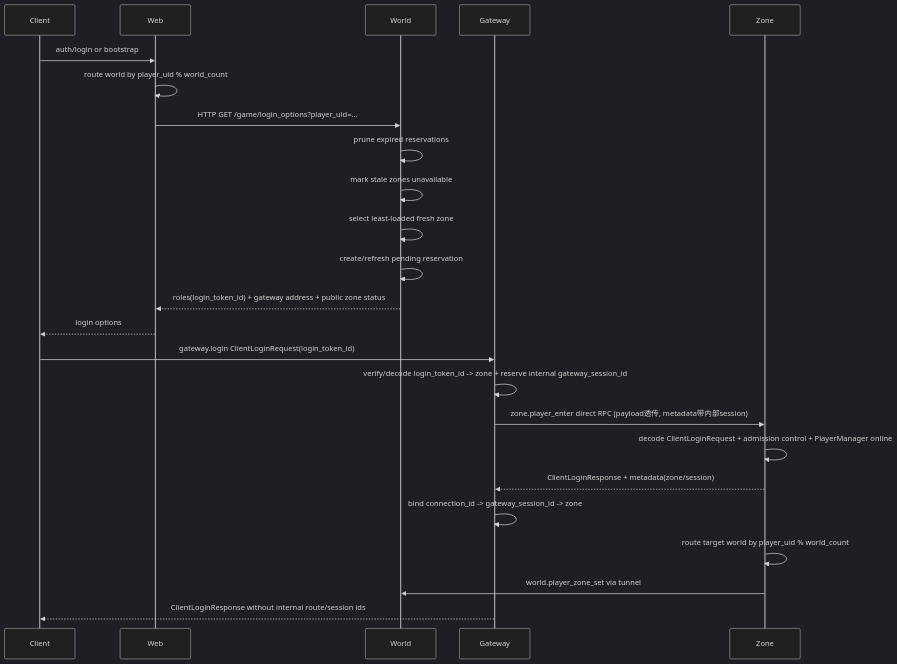
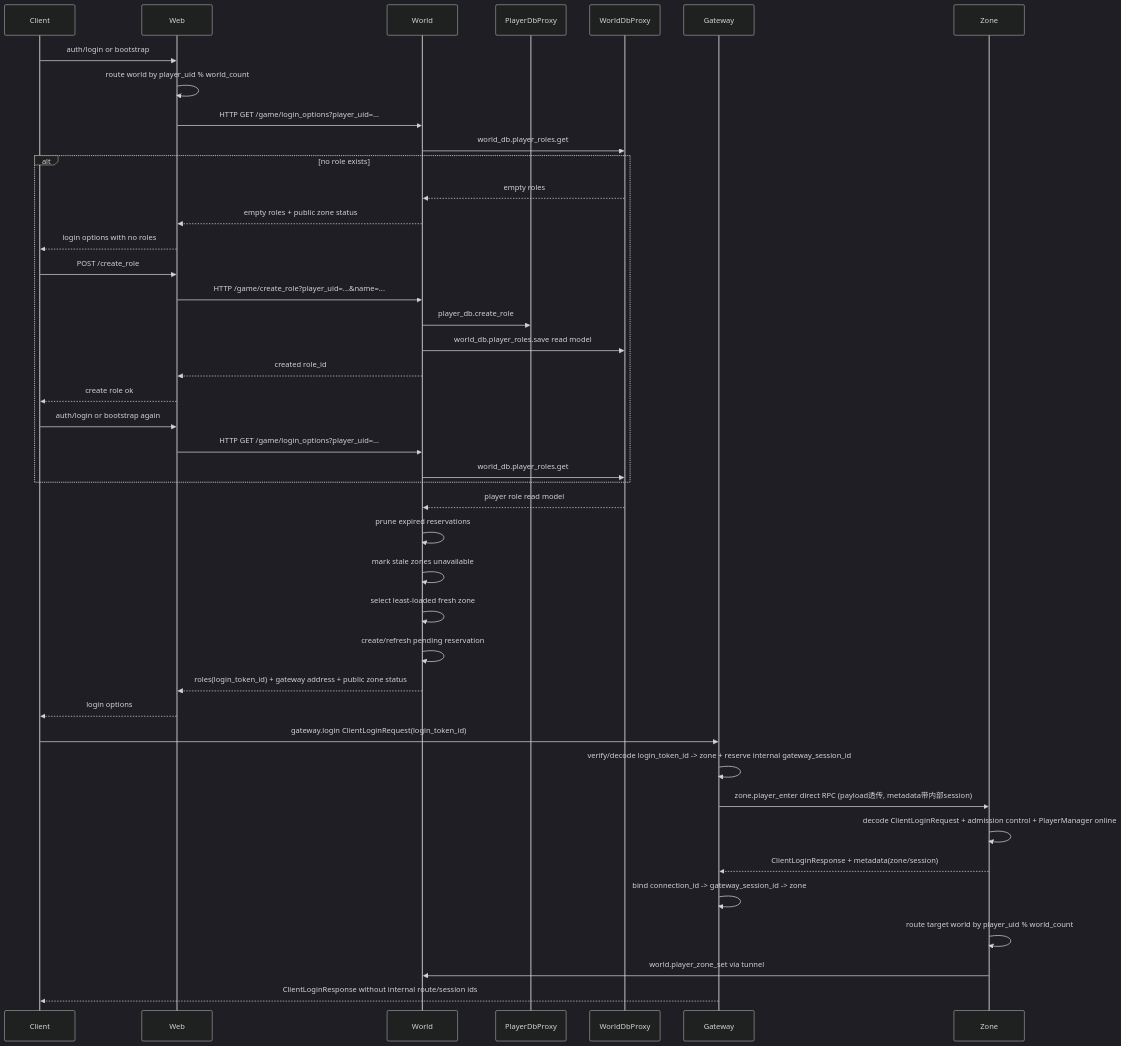
Before and after one commit to freshman1997/server-lib: the fourth of 6 diagrams in libs/game/server/README.md, drawn with Mermaid (dark theme). The commit also changed other lines of this file and 112 other files, not shown here.

````diff
--- a/libs/game/server/README.md
+++ b/libs/game/server/README.md
@@ -223,28 +453,46 @@
 ```mermaid
 sequenceDiagram
     participant C as Client
     participant Wb as Web
     participant Wo as World
+    participant PlayerDb as PlayerDbProxy
+    participant WorldDb as WorldDbProxy
     participant Gw as Gateway
     participant Zn as Zone
 
     C->>Wb: auth/login or bootstrap
     Wb->>Wb: route world by player_uid % world_count
     Wb->>Wo: HTTP GET /game/login_options?player_uid=...
+    Wo->>WorldDb: world_db.player_roles.get
+    alt no role exists
+        WorldDb-->>Wo: empty roles
+        Wo-->>Wb: empty roles + public zone status
+        Wb-->>C: login options with no roles
+        C->>Wb: POST /create_role
+        Wb->>Wo: HTTP /game/create_role?player_uid=...&name=...
+        Wo->>PlayerDb: player_db.create_role
+        Wo->>WorldDb: world_db.player_roles.save read model
+        Wo-->>Wb: created role_id
+        Wb-->>C: create role ok
+        C->>Wb: auth/login or bootstrap again
+        Wb->>Wo: HTTP GET /game/login_options?player_uid=...
+        Wo->>WorldDb: world_db.player_roles.get
+    end
+    WorldDb-->>Wo: player role read model
     Wo->>Wo: prune expired reservations
     Wo->>Wo: mark stale zones unavailable
     Wo->>Wo: select least-loaded fresh zone
     Wo->>Wo: create/refresh pending reservation
     Wo-->>Wb: roles(login_token_id) + gateway address + public zone status
     Wb-->>C: login options
 
     C->>Gw: gateway.login ClientLoginRequest(login_token_id)
     Gw->>Gw: verify/decode login_token_id -> zone + reserve internal gateway_session_id
     Gw->>Zn: zone.player_enter direct RPC (payload透传, metadata带内部session)
     Zn->>Zn: decode ClientLoginRequest + admission control + PlayerManager online
     Zn-->>Gw: ClientLoginResponse + metadata(zone/session)
     Gw->>Gw: bind connection_id -> gateway_session_id -> zone
     Zn->>Zn: route target world by player_uid % world_count
     Zn->>Wo: world.player_zone_set via tunnel
     Gw-->>C: ClientLoginResponse without internal route/session ids
 ```
````
